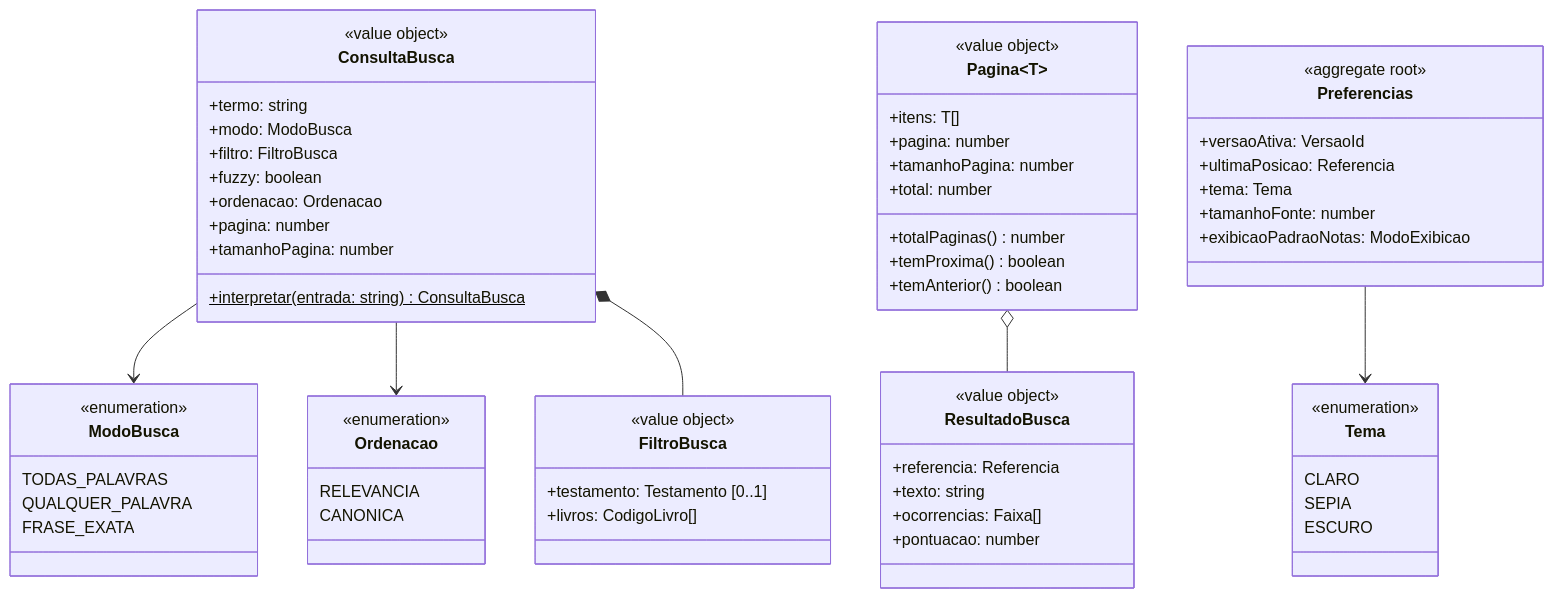
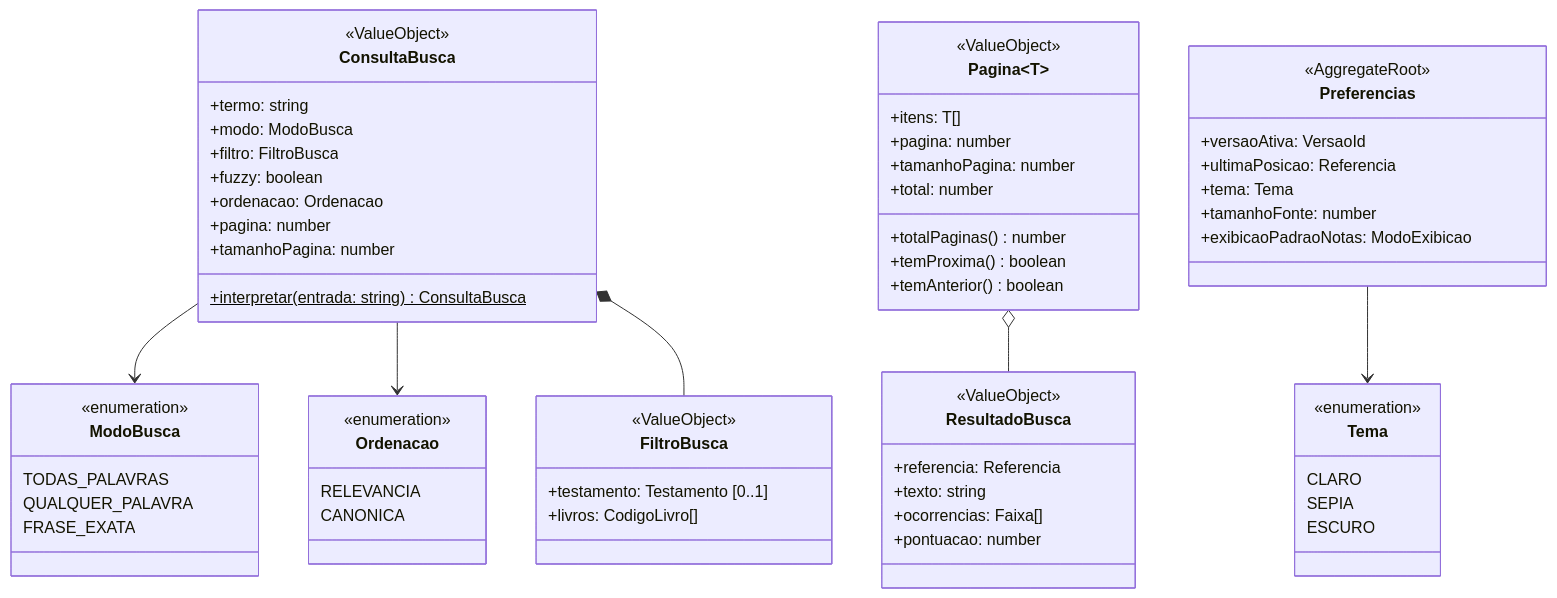
The fifth of 6 diagrams in docs/04-modelo-dominio.md (edioilha/biblia-app), drawn with Mermaid before and after one commit. The commit also changed other lines of this file, not shown here.

First line of the commit message:
fix(docs): corrige estereótipos Mermaid no modelo de domínio

````diff
--- a/docs/04-modelo-dominio.md
+++ b/docs/04-modelo-dominio.md
@@ -347,76 +347,76 @@
 ```mermaid
 classDiagram
     direction TB
 
     class ModoBusca {
         <<enumeration>>
         TODAS_PALAVRAS
         QUALQUER_PALAVRA
         FRASE_EXATA
     }
 
     class Ordenacao {
         <<enumeration>>
         RELEVANCIA
         CANONICA
     }
 
     class FiltroBusca {
-        <<value object>>
+        <<ValueObject>>
         +testamento: Testamento [0..1]
         +livros: CodigoLivro[]
     }
 
     class ConsultaBusca {
-        <<value object>>
+        <<ValueObject>>
         +termo: string
         +modo: ModoBusca
         +filtro: FiltroBusca
         +fuzzy: boolean
         +ordenacao: Ordenacao
         +pagina: number
         +tamanhoPagina: number
         +interpretar(entrada: string)$ ConsultaBusca
     }
 
     class ResultadoBusca {
-        <<value object>>
+        <<ValueObject>>
         +referencia: Referencia
         +texto: string
         +ocorrencias: Faixa[]
         +pontuacao: number
     }
 
     class Pagina~T~ {
-        <<value object>>
+        <<ValueObject>>
         +itens: T[]
         +pagina: number
         +tamanhoPagina: number
         +total: number
         +totalPaginas() number
         +temProxima() boolean
         +temAnterior() boolean
     }
 
     class Tema {
         <<enumeration>>
         CLARO
         SEPIA
         ESCURO
     }
 
     class Preferencias {
-        <<aggregate root>>
+        <<AggregateRoot>>
         +versaoAtiva: VersaoId
         +ultimaPosicao: Referencia
         +tema: Tema
         +tamanhoFonte: number
         +exibicaoPadraoNotas: ModoExibicao
     }
 
     ConsultaBusca --> ModoBusca
     ConsultaBusca --> Ordenacao
     ConsultaBusca *-- FiltroBusca
     Pagina~T~ o-- ResultadoBusca
     Preferencias --> Tema
 ```
````
